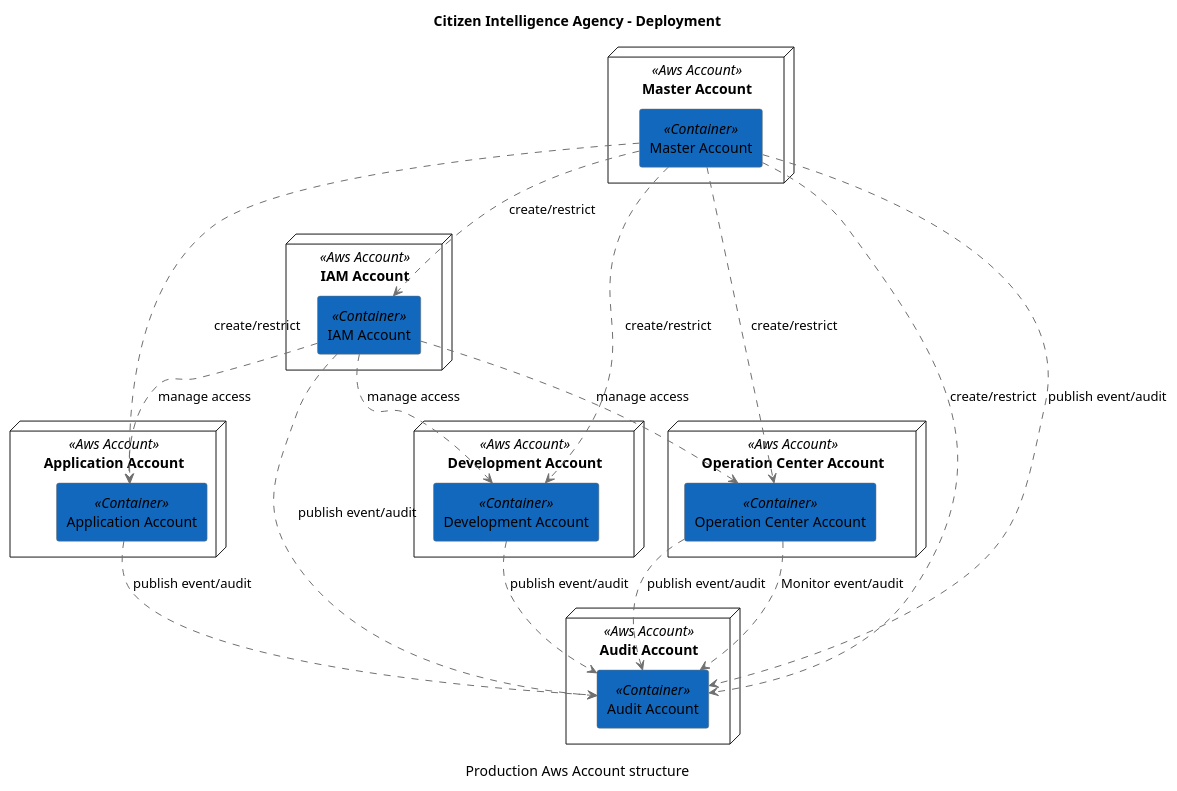
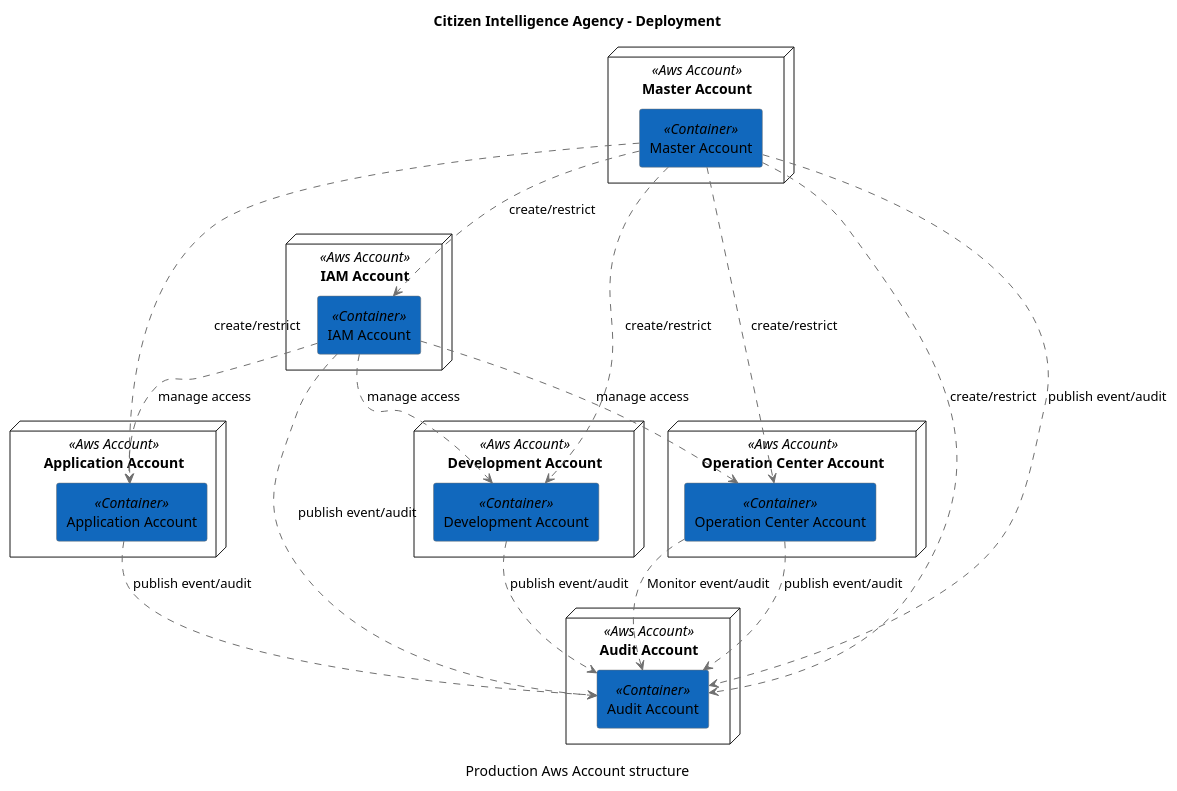
Before and after one commit to Hack23/cia: the diagram in architecture/Citizen-Intelligence-Agency-Prod-Aws-Account-Structure.pu, drawn with PlantUML. The commit also changed other lines of this file and 3723 other files, not shown here.

```diff
--- a/architecture/Citizen-Intelligence-Agency-Prod-Aws-Account-Structure.pu
+++ b/architecture/Citizen-Intelligence-Agency-Prod-Aws-Account-Structure.pu
@@ -1,47 +1,47 @@
 @startuml(id="Production_Aws_Account_structure")
 scale max 2000x2000
 title Citizen Intelligence Agency - Deployment
 caption "Production Aws Account structure"
 
 skinparam {
   shadowing false
   arrowColor #707070
   actorBorderColor #707070
   componentBorderColor #707070
   rectangleBorderColor #707070
   noteBackgroundColor #ffffff
   noteBorderColor #707070
 }
 node "Application Account" <<Aws Account>> as 12 {
   rectangle "Application Account" <<Container>> as 34 #1168bd
 }
 node "Audit Account" <<Aws Account>> as 10 {
   rectangle "Audit Account" <<Container>> as 30 #1168bd
 }
 node "Development Account" <<Aws Account>> as 6 {
   rectangle "Development Account" <<Container>> as 29 #1168bd
 }
 node "IAM Account" <<Aws Account>> as 4 {
   rectangle "IAM Account" <<Container>> as 36 #1168bd
 }
 node "Master Account" <<Aws Account>> as 2 {
   rectangle "Master Account" <<Container>> as 41 #1168bd
 }
 node "Operation Center Account" <<Aws Account>> as 8 {
   rectangle "Operation Center Account" <<Container>> as 28 #1168bd
 }
 36 .[#707070].> 34 : manage access
-41 .[#707070].> 36 : create/restrict
-41 .[#707070].> 28 : create/restrict
-28 .[#707070].> 30 : Monitor event/audit
-28 .[#707070].> 30 : publish event/audit
-36 .[#707070].> 28 : manage access
-34 .[#707070].> 30 : publish event/audit
-29 .[#707070].> 30 : publish event/audit
 41 .[#707070].> 30 : create/restrict
 41 .[#707070].> 30 : publish event/audit
+28 .[#707070].> 30 : publish event/audit
+29 .[#707070].> 30 : publish event/audit
+36 .[#707070].> 30 : publish event/audit
+34 .[#707070].> 30 : publish event/audit
+28 .[#707070].> 30 : Monitor event/audit
 41 .[#707070].> 29 : create/restrict
+41 .[#707070].> 28 : create/restrict
+41 .[#707070].> 36 : create/restrict
 41 .[#707070].> 34 : create/restrict
-36 .[#707070].> 30 : publish event/audit
 36 .[#707070].> 29 : manage access
+36 .[#707070].> 28 : manage access
 @enduml
```
